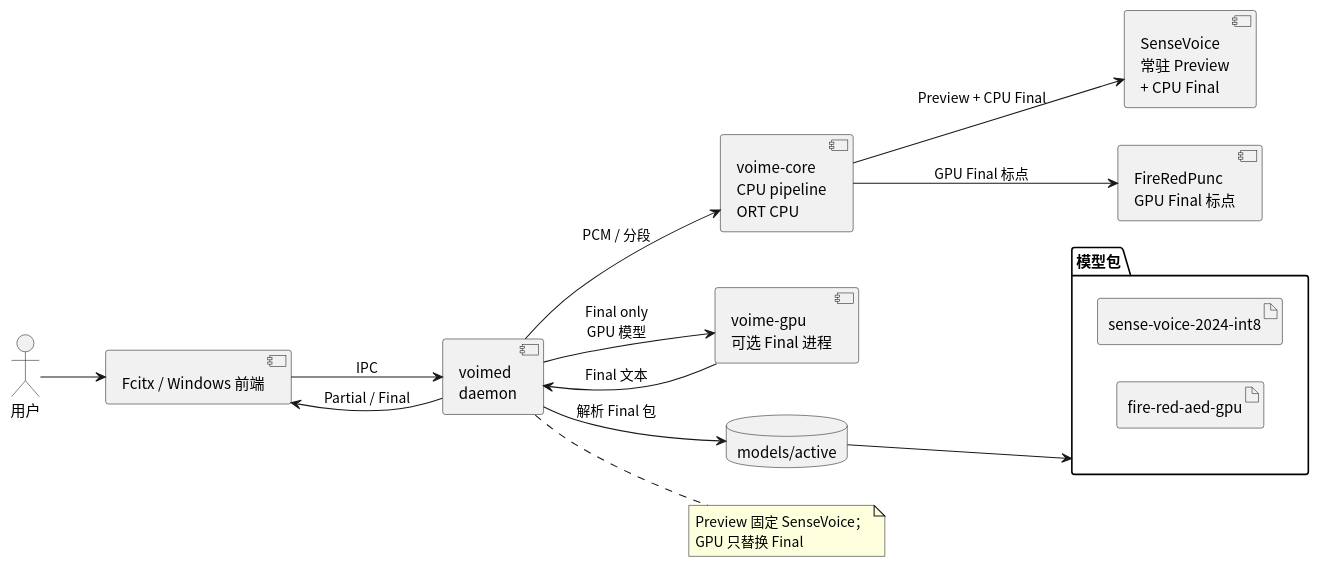
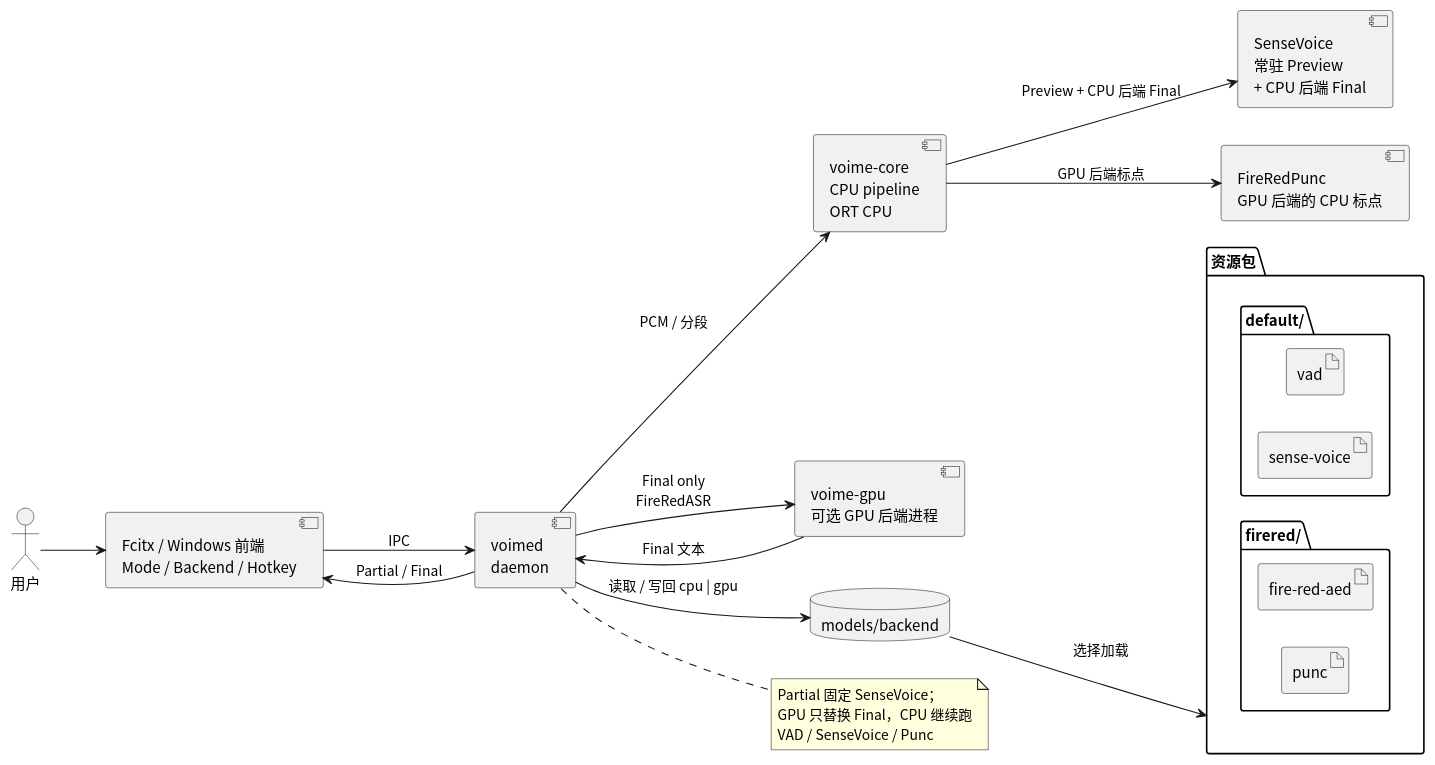
Before and after one commit to 54m43lJ/voime: the diagram in diagram/asr-v2-architecture.puml, drawn with PlantUML. The commit also changed 127 other files, not shown here.

```diff
--- a/diagram/asr-v2-architecture.puml
+++ b/diagram/asr-v2-architecture.puml
@@ -1,36 +1,43 @@
 @startuml
 skinparam defaultFontName "Noto Sans CJK SC"
 skinparam shadowing false
 left to right direction
 hide stereotype
 
 actor "用户" as User
-component "Fcitx / Windows 前端" as Frontend
+component "Fcitx / Windows 前端\nMode / Backend / Hotkey" as Frontend
 component "voimed\ndaemon" as Daemon
 component "voime-core\nCPU pipeline\nORT CPU" as Core
-component "SenseVoice\n常驻 Preview\n+ CPU Final" as SenseVoice
-component "voime-gpu\n可选 Final 进程" as GpuWorker
-component "FireRedPunc\nGPU Final 标点" as Punc
+component "SenseVoice\n常驻 Preview\n+ CPU 后端 Final" as SenseVoice
+component "voime-gpu\n可选 GPU 后端进程" as GpuWorker
+component "FireRedPunc\nGPU 后端的 CPU 标点" as Punc
 
-database "models/active" as Active
-folder "模型包" as Packages {
-  artifact "sense-voice-2024-int8" as SvPackage
-  artifact "fire-red-aed-gpu" as AedPackage
+database "models/backend" as Backend
+folder "资源包" as Packs {
+  folder "default/" as DefaultPack {
+    artifact "vad" as Vad
+    artifact "sense-voice" as SvPackage
+  }
+  folder "firered/" as FireredPack {
+    artifact "fire-red-aed" as AedPackage
+    artifact "punc" as PuncPackage
+  }
 }
 
 User --> Frontend
 Frontend --> Daemon : IPC
-Daemon --> Active : 解析 Final 包
-Active --> Packages
+Daemon --> Backend : 读取 / 写回 cpu | gpu
+Backend --> Packs : 选择加载
 Daemon --> Core : PCM / 分段
-Core --> SenseVoice : Preview + CPU Final
-Core --> Punc : GPU Final 标点
-Daemon --> GpuWorker : Final only\nGPU 模型
+Core --> SenseVoice : Preview + CPU 后端 Final
+Core --> Punc : GPU 后端标点
+Daemon --> GpuWorker : Final only\nFireRedASR
 GpuWorker --> Daemon : Final 文本
 Daemon --> Frontend : Partial / Final
 
 note right of Daemon
-  Preview 固定 SenseVoice；
-  GPU 只替换 Final
+  Partial 固定 SenseVoice；
+  GPU 只替换 Final，CPU 继续跑
+  VAD / SenseVoice / Punc
 end note
 @enduml
```
